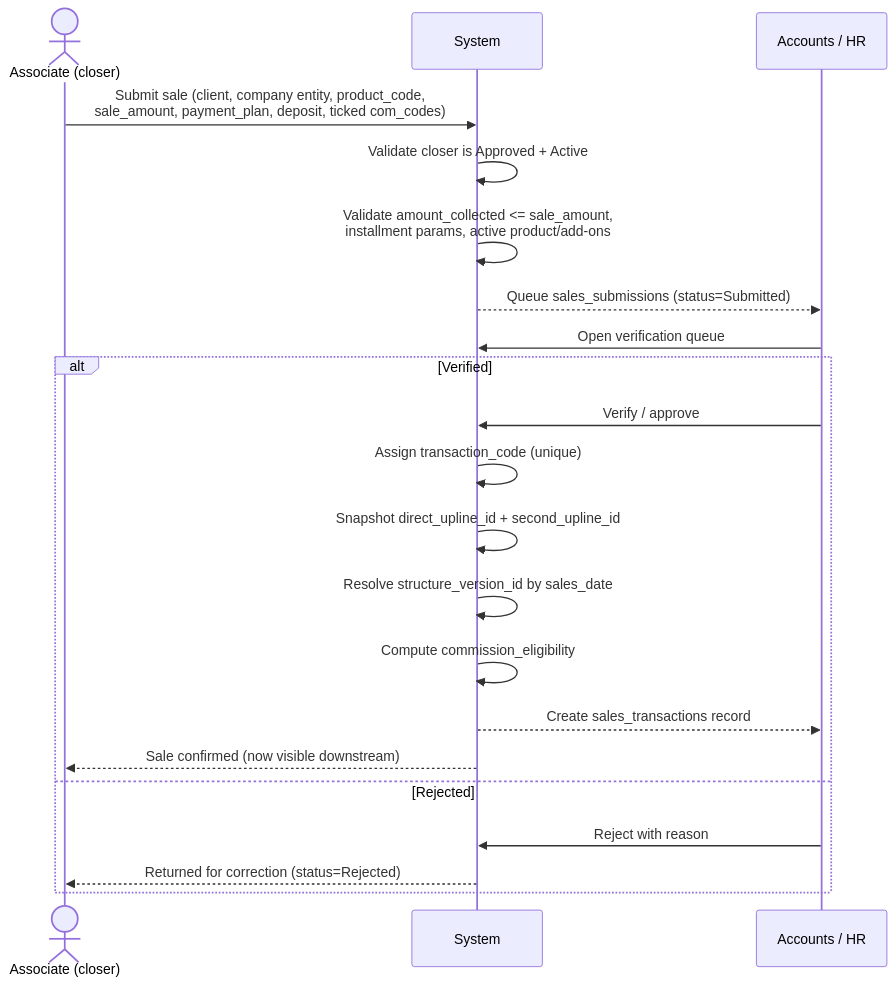
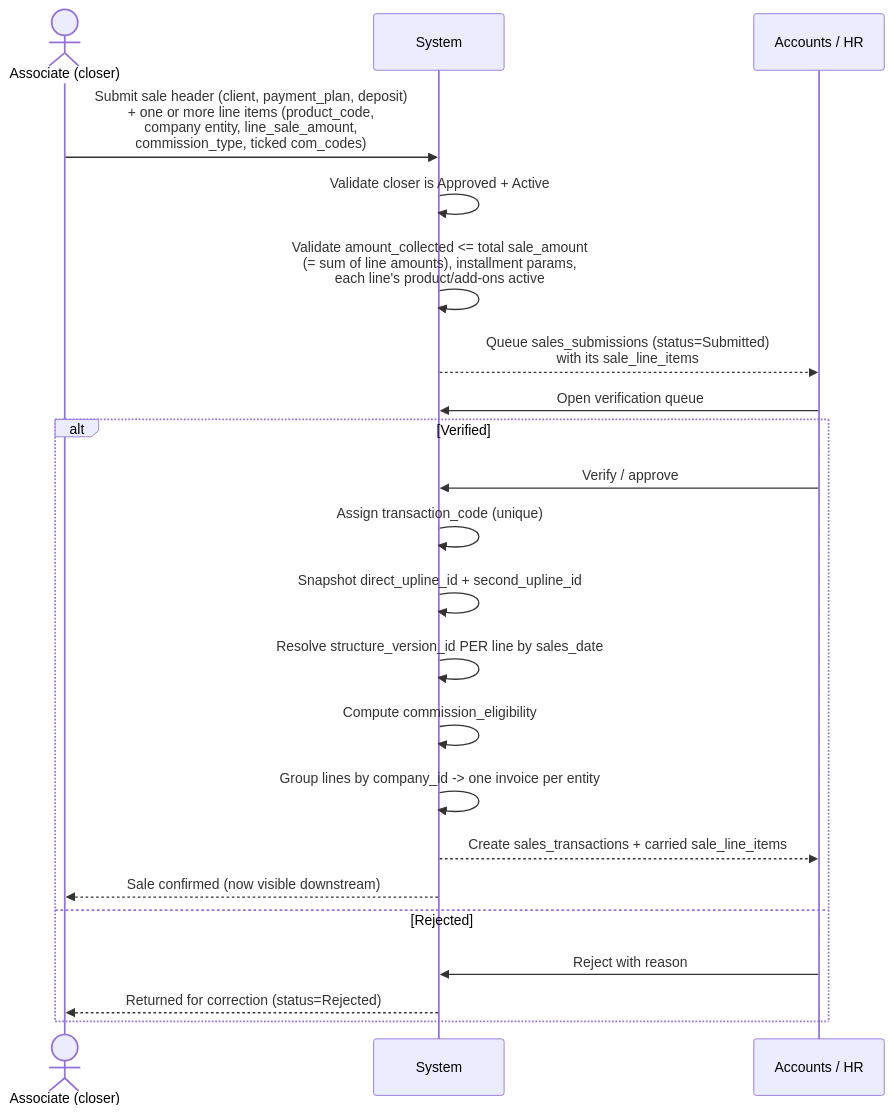
The fifth of 15 diagrams in HR System for COM service/docs/03_Workflow_Diagrams.md (Mavrone81/VirtualOffice), drawn with Mermaid before and after one commit. The commit also changed other lines of this file and 15 other files, not shown here.

````diff
--- a/HR System for COM service/docs/03_Workflow_Diagrams.md
+++ b/HR System for COM service/docs/03_Workflow_Diagrams.md
@@ -132,24 +166,25 @@
 ```mermaid
 sequenceDiagram
     actor Assoc as Associate (closer)
     participant Sys as System
     participant Acc as Accounts / HR
 
-    Assoc->>Sys: Submit sale (client, company entity, product_code,<br/>sale_amount, payment_plan, deposit, ticked com_codes)
+    Assoc->>Sys: Submit sale header (client, payment_plan, deposit)<br/>+ one or more line items (product_code,<br/>company entity, line_sale_amount,<br/>commission_type, ticked com_codes)
     Sys->>Sys: Validate closer is Approved + Active
-    Sys->>Sys: Validate amount_collected <= sale_amount,<br/>installment params, active product/add-ons
-    Sys-->>Acc: Queue sales_submissions (status=Submitted)
+    Sys->>Sys: Validate amount_collected <= total sale_amount<br/>(= sum of line amounts), installment params,<br/>each line's product/add-ons active
+    Sys-->>Acc: Queue sales_submissions (status=Submitted)<br/>with its sale_line_items
     Acc->>Sys: Open verification queue
     alt Verified
         Acc->>Sys: Verify / approve
         Sys->>Sys: Assign transaction_code (unique)
         Sys->>Sys: Snapshot direct_upline_id + second_upline_id
-        Sys->>Sys: Resolve structure_version_id by sales_date
+        Sys->>Sys: Resolve structure_version_id PER line by sales_date
         Sys->>Sys: Compute commission_eligibility
-        Sys-->>Acc: Create sales_transactions record
+        Sys->>Sys: Group lines by company_id -> one invoice per entity
+        Sys-->>Acc: Create sales_transactions + carried sale_line_items
         Sys-->>Assoc: Sale confirmed (now visible downstream)
     else Rejected
         Acc->>Sys: Reject with reason
         Sys-->>Assoc: Returned for correction (status=Rejected)
     end
 ```
````
